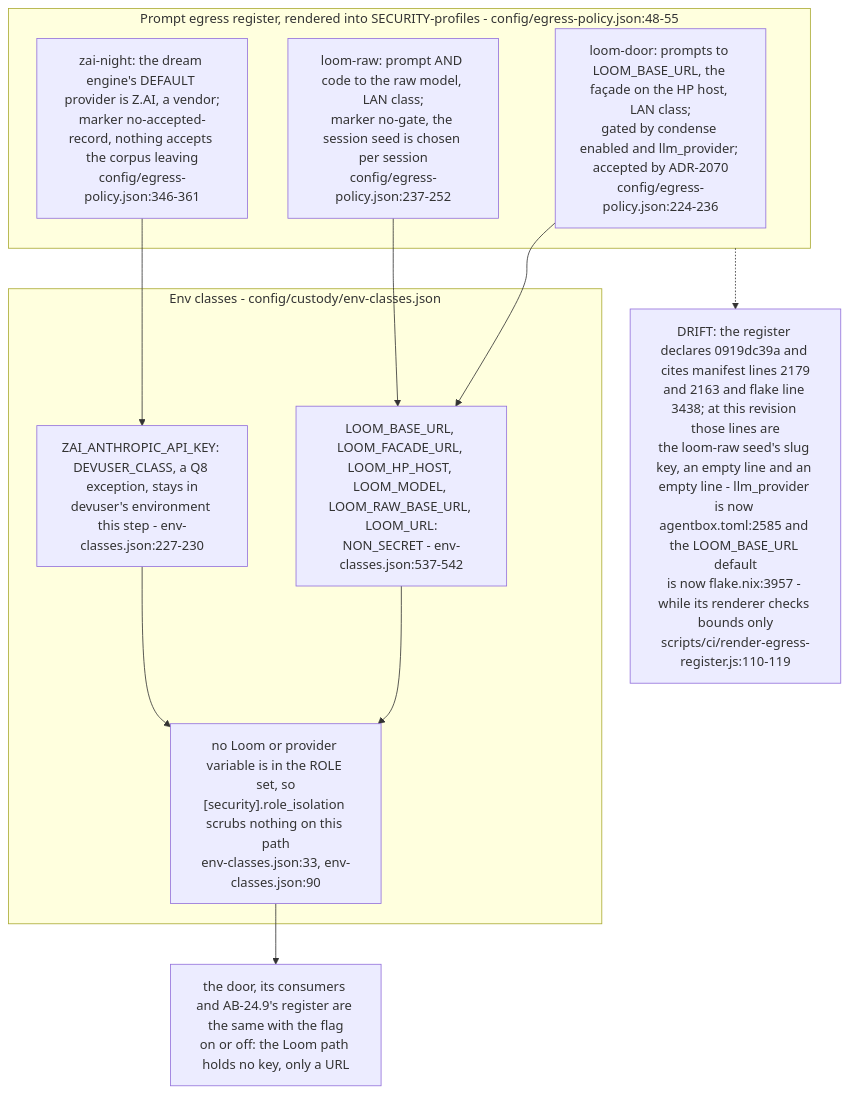
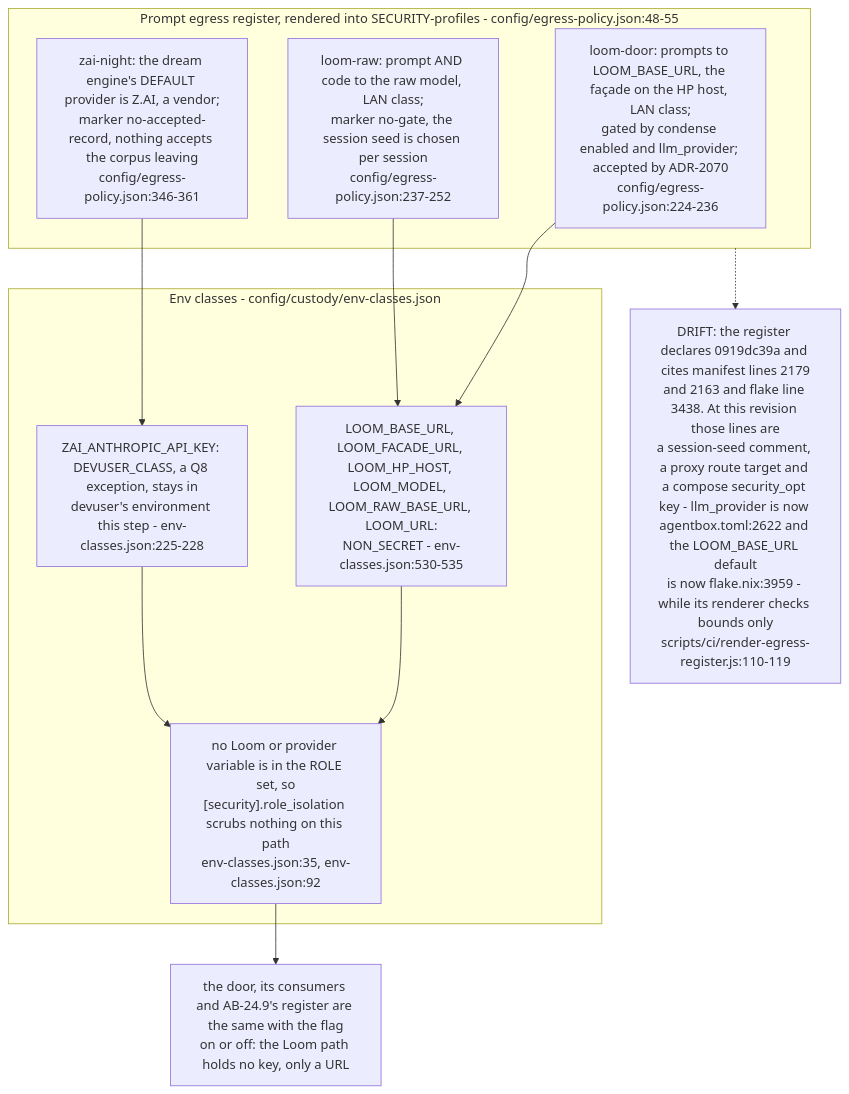
Before and after one commit to DreamLab-AI/VisionFlow: diagram 13 of 14 in docs/diagrams/agentbox/24-loom-facade.md, drawn with Mermaid. The commit also changed other lines of this file and 173 other files, not shown here.

````diff
--- a/docs/diagrams/agentbox/24-loom-facade.md
+++ b/docs/diagrams/agentbox/24-loom-facade.md
@@ -498,20 +500,20 @@
 ```mermaid
 flowchart TB
     subgraph reg["Prompt egress register, rendered into SECURITY-profiles - config/egress-policy.json:48-55"]
         R1["loom-door: prompts to LOOM_BASE_URL, the façade on the HP host, LAN class;<br/>gated by condense enabled and llm_provider; accepted by ADR-2070<br/>config/egress-policy.json:224-236"]
         R2["loom-raw: prompt AND code to the raw model, LAN class;<br/>marker no-gate, the session seed is chosen per session<br/>config/egress-policy.json:237-252"]
         R3["zai-night: the dream engine's DEFAULT provider is Z.AI, a vendor;<br/>marker no-accepted-record, nothing accepts the corpus leaving<br/>config/egress-policy.json:346-361"]
     end
     subgraph cls["Env classes - config/custody/env-classes.json"]
-        C1["LOOM_BASE_URL, LOOM_FACADE_URL, LOOM_HP_HOST, LOOM_MODEL, LOOM_RAW_BASE_URL, LOOM_URL:<br/>NON_SECRET - env-classes.json:537-542"]
-        C2["ZAI_ANTHROPIC_API_KEY: DEVUSER_CLASS, a Q8 exception, stays in<br/>devuser's environment this step - env-classes.json:227-230"]
-        C3["no Loom or provider variable is in the ROLE set, so<br/>[security].role_isolation scrubs nothing on this path<br/>env-classes.json:33, env-classes.json:90"]
+        C1["LOOM_BASE_URL, LOOM_FACADE_URL, LOOM_HP_HOST, LOOM_MODEL, LOOM_RAW_BASE_URL, LOOM_URL:<br/>NON_SECRET - env-classes.json:530-535"]
+        C2["ZAI_ANTHROPIC_API_KEY: DEVUSER_CLASS, a Q8 exception, stays in<br/>devuser's environment this step - env-classes.json:225-228"]
+        C3["no Loom or provider variable is in the ROLE set, so<br/>[security].role_isolation scrubs nothing on this path<br/>env-classes.json:35, env-classes.json:92"]
     end
     R1 --> C1
     R2 --> C1
     R3 --> C2
     C1 --> C3
     C2 --> C3
     C3 --> SAME["the door, its consumers and AB-24.9's register are the same with the flag<br/>on or off: the Loom path holds no key, only a URL"]
-    reg -.-> DR["DRIFT: the register declares 0919dc39a and cites manifest lines 2179<br/>and 2163 and flake line 3438; at this revision those lines are<br/>the loom-raw seed's slug key, an empty line and an empty line - llm_provider is now agentbox.toml:2585 and the LOOM_BASE_URL default<br/>is now flake.nix:3957 - while its renderer checks bounds only<br/>scripts/ci/render-egress-register.js:110-119"]
+    reg -.-> DR["DRIFT: the register declares 0919dc39a and cites manifest lines 2179<br/>and 2163 and flake line 3438. At this revision those lines are<br/>a session-seed comment, a proxy route target and a compose security_opt key - llm_provider is now agentbox.toml:2622 and the LOOM_BASE_URL default<br/>is now flake.nix:3959 - while its renderer checks bounds only<br/>scripts/ci/render-egress-register.js:110-119"]
 ```
````
